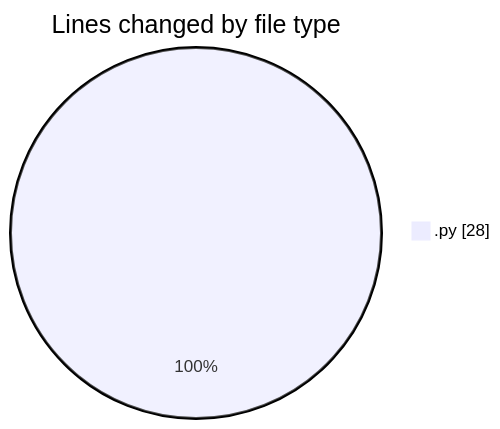
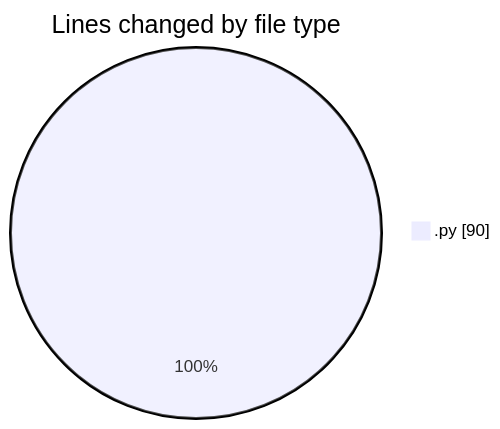
The first of 2 diagrams in 2025-07-03/cursor/README.md (FelipKnott/code-tracking), drawn with Mermaid before and after one commit. The commit also changed other lines of this file and 1 other file, not shown here.

````diff
--- a/2025-07-03/cursor/README.md
+++ b/2025-07-03/cursor/README.md
@@ -20,5 +24,5 @@
 ```mermaid
 pie showData
 title Lines changed by file type
-".py" : 28
+".py" : 90
 ```
````
